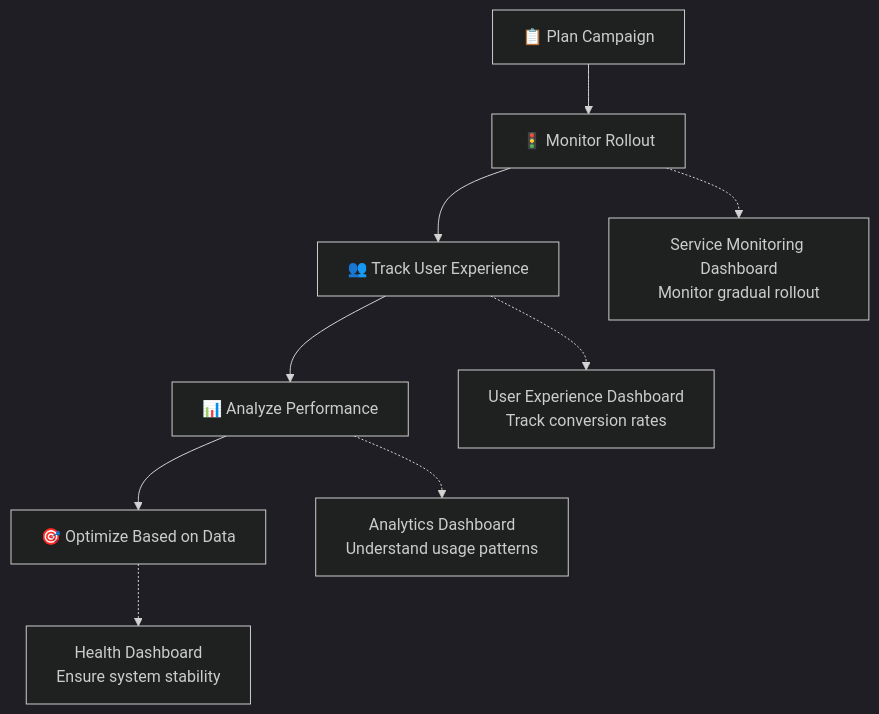
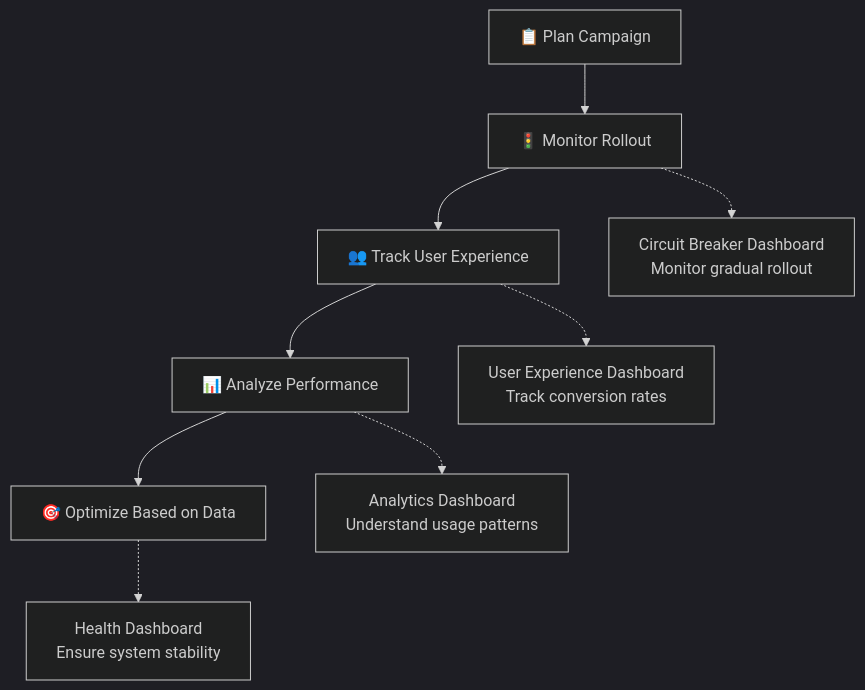
One commit to gsinghjay/mvp_qr_gen changed the seventh of 25 diagrams in GRAFANA.md. Above: the diagram before and after it, drawn with Mermaid (dark theme). The commit also changed other lines of this file, not shown here.

First line of the commit message:
docs: update GRAFANA.md to reflect actual dashboard implementations

````diff
--- a/GRAFANA.md
+++ b/GRAFANA.md
@@ -325,12 +325,12 @@
 ```mermaid
 flowchart TD
     A[📋 Plan Campaign] --> B[🚦 Monitor Rollout]
     B --> C[👥 Track User Experience]
     C --> D[📊 Analyze Performance]
     D --> E[🎯 Optimize Based on Data]
     
-    B -.-> B1[Service Monitoring Dashboard<br/>Monitor gradual rollout]
+    B -.-> B1[Circuit Breaker Dashboard<br/>Monitor gradual rollout]
     C -.-> C1[User Experience Dashboard<br/>Track conversion rates]
     D -.-> D1[Analytics Dashboard<br/>Understand usage patterns]
     E -.-> E1[Health Dashboard<br/>Ensure system stability]
 ```
````
